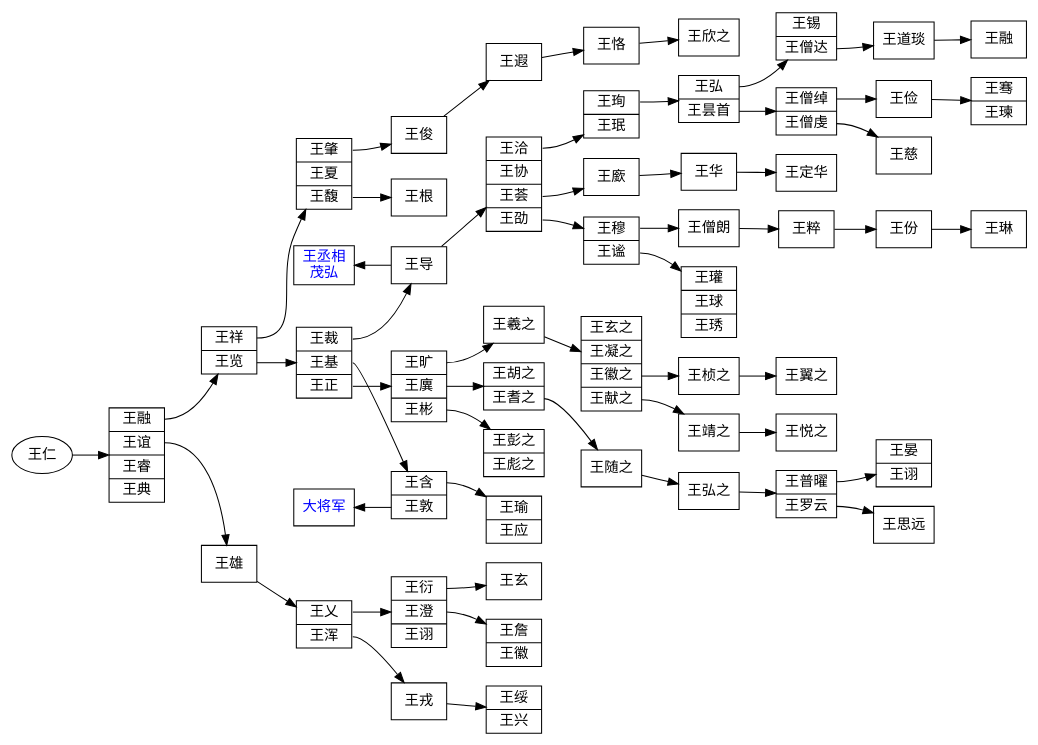
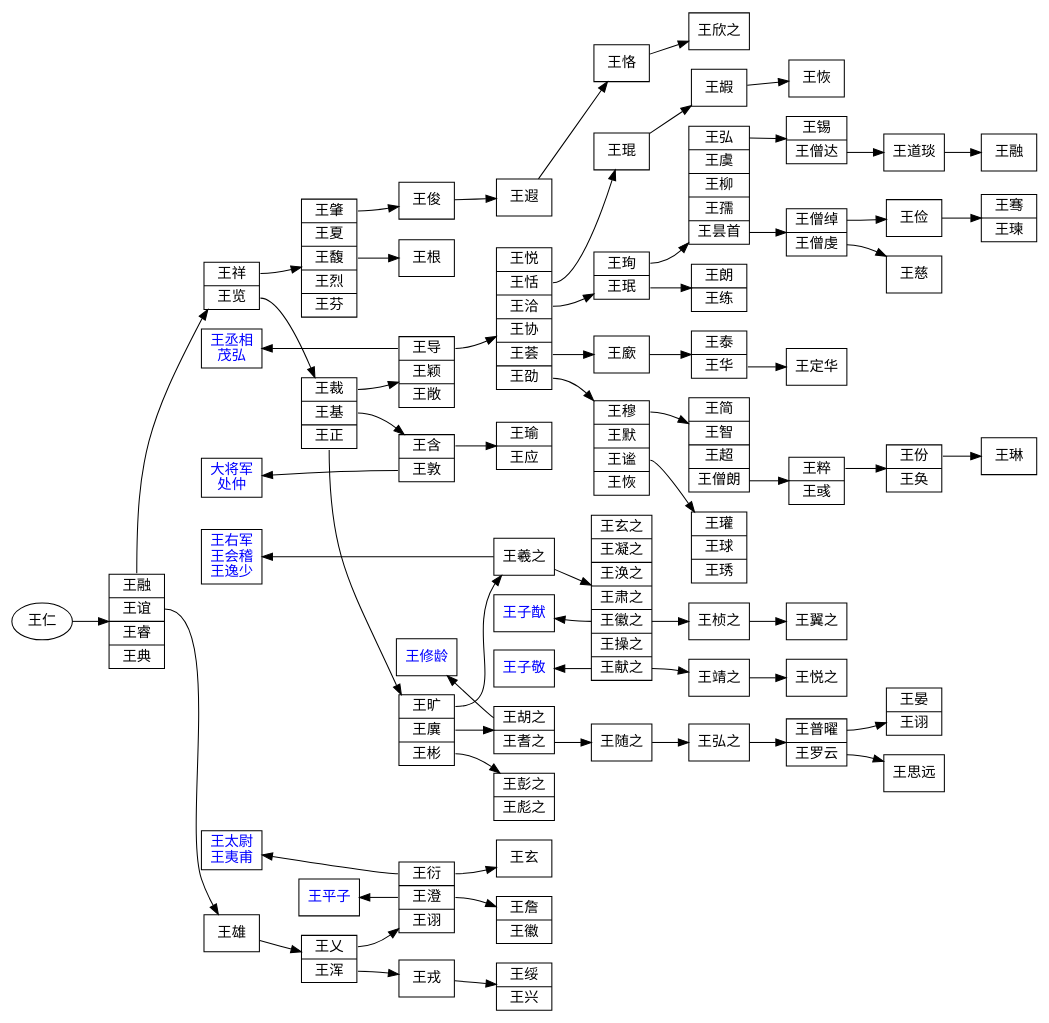
One commit to jpzhu/Blog changed the diagram in blog/shihshuo/langyawang.dot. Above: the diagram before and after it, drawn with Graphviz.

```diff
--- a/blog/shihshuo/langyawang.dot
+++ b/blog/shihshuo/langyawang.dot
@@ -1,130 +1,158 @@
 digraph G {
 	graph [layout=dot rankdir=LR]
 
 	w0[ label="王仁" ]
 	node [ shape = record ];
 
 	w1 [label="<f0>王融|<f1>王谊|<f2>王睿|<f3>王典"]
 	w0->w1;
 
 	w20 [label="<f0>王祥|<f1>王览"]
 	w21 [label="<f0>王雄"]
 	w1:f0 -> w20;
 	w1:f1 -> w21;
 
-	w30 [label="<f0>王肇|<f1>王夏|<f2>王馥"]
+	w30 [label="<f0>王肇|<f1>王夏|<f2>王馥|<f3>王烈|<f4>王芬"]
 	w31 [label="<f0>王裁|<f1>王基|<f2>王正"]
 	w32 [label="<f0>王乂|<f1>王浑"]
 	w20:f0 -> w30;
 	w20:f1 -> w31;
 	w21 -> w32;
 
 	w40 [label="<f0>王俊"]
 	w41 [label="<f0>王根"]
-	w42 [label="<f0>王导"]
+	w42 [label="<f0>王导|<f1>王颖|<f2>王敞"]
 	w43 [label="<f0>王含|<f1>王敦"]
 	w44 [label="<f0>王旷|<f1>王廙|<f2>王彬"]
 	w45 [label="<f0>王衍|<f1>王澄|<f2>王诩"]
 	w46 [label="<f0>王戎"]
 	w30:f0 -> w40;
 	w30:f2 -> w41;
 	w31:f0 -> w42;
 	w31:f1 -> w43;
 	w31:f2 -> w44;
 	w32:f0 -> w45;
 	w32:f1 -> w46;
 
 	w50 [label="<f0>王遐"]
-	w51 [label="<f0>王洽|<f1>王协|<f2>王荟|<f3>王劭"]
+	w51 [label="<f0>王悦|<f1>王恬|<f2>王洽|<f3>王协|<f4>王荟|<f5>王劭"]
 	w52 [label="<f0>王瑜|<f1>王应"]
 	w53 [label="<f0>王羲之"]
 	w54 [label="<f0>王胡之|<f1>王耆之"]
 	w55 [label="<f0>王彭之|<f1>王彪之"]
 	w56 [label="<f0>王玄"]
 	w57 [label="<f0>王詹|<f1>王徽"]
 	w58 [label="<f0>王绥|<f1>王兴"]
 	w40 -> w50;
-	w42 -> w51;
+	w42:f0 -> w51;
 	w43:f0 -> w52;
 	w44:f0 -> w53;
 	w44:f1 -> w54;
 	w44:f2 -> w55;
 	w45:f0 -> w56;
 	w45:f1 -> w57;
 	w46 -> w58;
 
 	w60 [label="<f0>王恪"]
+	w600 [label="<f0>王琨"]
 	w61 [label="<f0>王珣|<f1>王珉"]
 	w62 [label="<f0>王廞"]
-	w63 [label="<f0>王穆|<f1>王谧"]
-	w64 [label="<f0>王玄之|<f1>王凝之|<f2>王徽之|<f3>王献之"]
+	w63 [label="<f0>王穆|<f1>王默|<f2>王谧|<f3>王恢"]
+	w64 [label="<f0>王玄之|<f1>王凝之|<f2>王涣之|<f3>王肃之|<f4>王徽之|<f5>王操之|<f6>王献之"]
 	w65 [label="<f0>王随之"]
 	w50 -> w60;
-	w51:f0 -> w61;
-	w51:f2 -> w62;
-	w51:f3 -> w63;
+	w51:f1 -> w600;
+	w51:f2 -> w61;
+	w51:f4 -> w62;
+	w51:f5 -> w63;
 	w53 -> w64;
 	w54:f1 -> w65;
 
 	w70 [label="<f0>王欣之"]
-	w71 [label="<f0>王弘|<f1>王昙首"]
-	w72 [label="<f0>王华"]
-	w73 [label="<f0>王僧朗"]
+	w700 [label="<f0>王嘏"]
+	w71 [label="<f0>王弘|<f1>王虞|<f2>王柳|<f3>王孺|<f4>王昙首"]
+	w710 [label="<f0>王朗|<f1>王练"]
+	w72 [label="<f0>王泰|<f1>王华"]
+	w73 [label="<f0>王简|<f1>王智|<f2>王超|<f3>王僧朗"]
 	w74 [label="<f0>王瓘|<f1>王球|<f2>王琇"]
 	w75 [label="<f0>王桢之"]
 	w76 [label="<f0>王靖之"]
 	w77 [label="<f0>王弘之"]
 	w60 -> w70;
+	w600 -> w700;
 	w61:f0 -> w71;
+	w61:f1 -> w710;
 	w62 -> w72;
 	w63:f0 -> w73;
-	w63:f1 -> w74;
-	w64:f2 -> w75;
-	w64:f3 -> w76;
+	w63:f2 -> w74;
+	w64:f4 -> w75;
+	w64:f6 -> w76;
 	w65 -> w77;
 
+	w800 [label="<f0>王恢"]
 	w80 [label="<f0>王锡|<f1>王僧达"]
 	w81 [label="<f0>王僧绰|<f1>王僧虔"]
 	w82 [label="<f0>王定华"]
-	w83 [label="<f0>王粹"]
+	w83 [label="<f0>王粹|<f1>王彧"]
 	w84 [label="<f0>王翼之"]
 	w85 [label="<f0>王悦之"]
 	w86 [label="<f0>王普曜|<f1>王罗云"]
+	w700 -> w800;
 	w71:f0 -> w80;
-	w71:f1 -> w81;
-	w72 -> w82;
-	w73 -> w83;
+	w71:f4 -> w81;
+	w72:f1 -> w82;
+	w73:f3 -> w83;
 	w75 -> w84;
 	w76 -> w85;
 	w77 -> w86;
 
 	w90 [label="<f0>王道琰"]
 	w91 [label="<f0>王俭"]
 	w92 [label="<f0>王慈"]
-	w93 [label="<f0>王份"]
+	w93 [label="<f0>王份|<f1>王奂"]
 	w94 [label="<f0>王晏|<f1>王诩"]
 	w95 [label="<f0>王思远"]
 	w80:f1 -> w90;
 	w81:f0 -> w91;
 	w81:f1 -> w92;
-	w83 -> w93;
+	w83:f0 -> w93;
 	w86:f0 -> w94;
 	w86:f1 -> w95;
 
 	wa0 [label="<f0>王融"]
 	wa1 [label="<f0>王骞|<f1>王瑓"]
 	wa2 [label="<f0>王琳"]
 	w90 -> wa0;
 	w91 -> wa1;
-	w93 -> wa2;
+	w93:f0 -> wa2;
 
 	edge [dir=back];
 	node [ shape = box,fontcolor=blue ];
 
 	wangdao [label="王丞相\n茂弘"];
-	wangdao -> w42; 
+	wangdao -> w42:f0; 
 
-	wangdun [label="大将军"];
+	wangdun [label="大将军\n处仲"];
 	wangdun -> w43:f1; 
 
+	wangye [label="王太尉\n王夷甫"];
+	wangye -> w45:f0; 
+
+	wangdeng [label="王平子"];
+	wangdeng -> w45:f1; 
+
+	wangxizhi [label="王右军\n王会稽\n王逸少"];
+	wangxizhi -> w53; 
+
+	wanghuzhi [label="王修龄"];
+	wanghuzhi -> w54:f0; 
+
+	wanghuizhi [label="王子猷"];
+	wanghuizhi -> w64:f4; 
+
+	wangxianzhi [label="王子敬"];
+	wangxianzhi -> w64:f6; 
+
+	{rank = same; w20; wangye;wangdao; wangdun; }
+	{rank = same; w20; wangxizhi; }
 }
```
